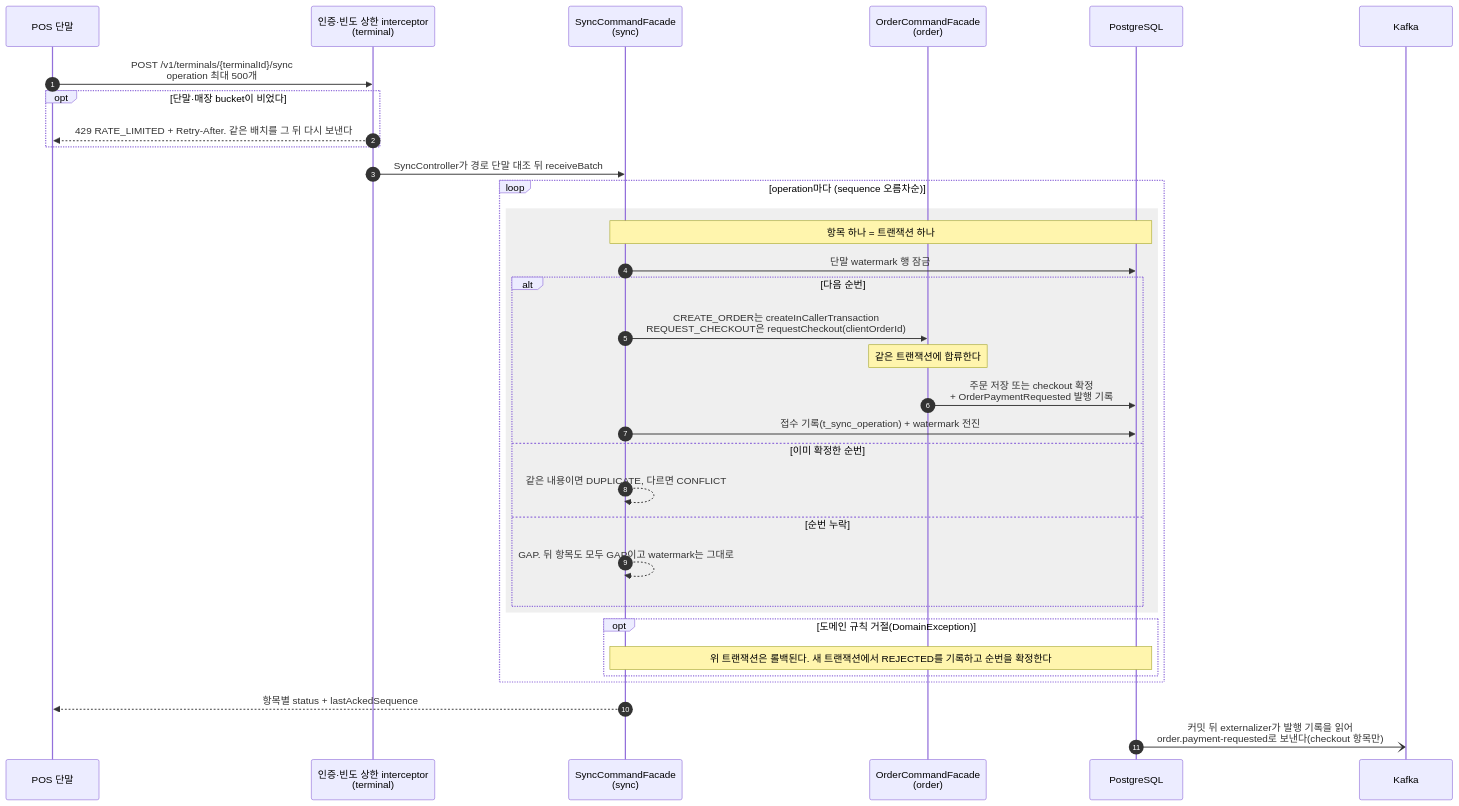
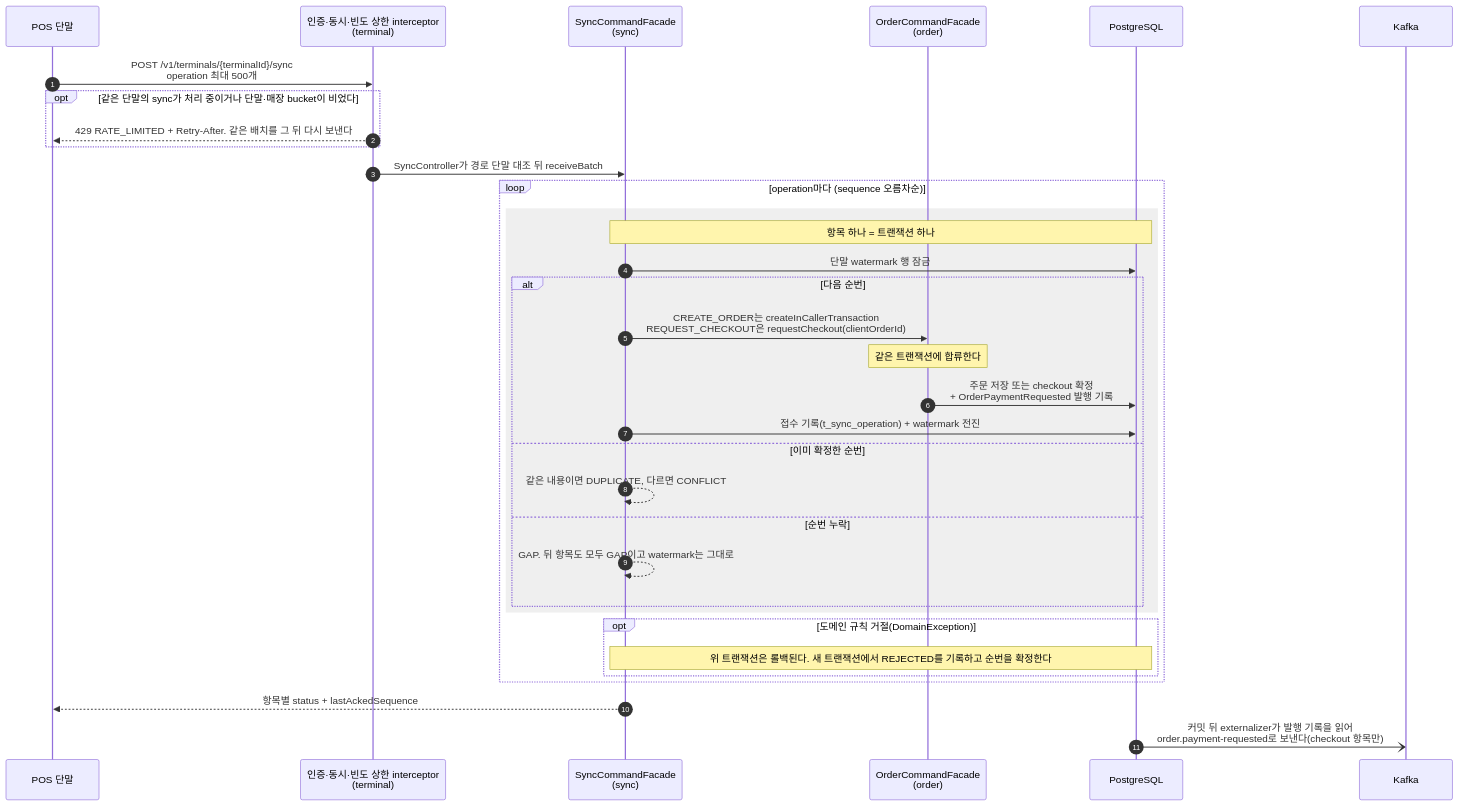
Before and after one commit to char-labs/ResilientPOS: the first of 4 diagrams in docs/wiki/architecture.md, drawn with Mermaid. The commit also changed other lines of this file and 21 other files, not shown here.

````diff
--- a/docs/wiki/architecture.md
+++ b/docs/wiki/architecture.md
@@ -42,37 +42,37 @@
 ```mermaid
 sequenceDiagram
     autonumber
     participant POS as POS 단말
-    participant AUTH as 인증·빈도 상한 interceptor<br/>(terminal)
+    participant AUTH as 인증·동시·빈도 상한 interceptor<br/>(terminal)
     participant SF as SyncCommandFacade<br/>(sync)
     participant OF as OrderCommandFacade<br/>(order)
     participant DB as PostgreSQL
     participant K as Kafka
 
     POS->>AUTH: POST /v1/terminals/{terminalId}/sync<br/>operation 최대 500개
-    opt 단말·매장 bucket이 비었다
+    opt 같은 단말의 sync가 처리 중이거나 단말·매장 bucket이 비었다
         AUTH-->>POS: 429 RATE_LIMITED + Retry-After. 같은 배치를 그 뒤 다시 보낸다
     end
     AUTH->>SF: SyncController가 경로 단말 대조 뒤 receiveBatch
     loop operation마다 (sequence 오름차순)
         rect rgba(127, 127, 127, 0.12)
             Note over SF,DB: 항목 하나 = 트랜잭션 하나
             SF->>DB: 단말 watermark 행 잠금
             alt 다음 순번
                 SF->>OF: CREATE_ORDER는 createInCallerTransaction<br/>REQUEST_CHECKOUT은 requestCheckout(clientOrderId)
                 Note over OF: 같은 트랜잭션에 합류한다
                 OF->>DB: 주문 저장 또는 checkout 확정<br/>+ OrderPaymentRequested 발행 기록
                 SF->>DB: 접수 기록(t_sync_operation) + watermark 전진
             else 이미 확정한 순번
                 SF-->>SF: 같은 내용이면 DUPLICATE, 다르면 CONFLICT
             else 순번 누락
                 SF-->>SF: GAP. 뒤 항목도 모두 GAP이고 watermark는 그대로
             end
         end
         opt 도메인 규칙 거절(DomainException)
             Note over SF,DB: 위 트랜잭션은 롤백된다. 새 트랜잭션에서 REJECTED를 기록하고 순번을 확정한다
         end
     end
     SF-->>POS: 항목별 status + lastAckedSequence
     DB-)K: 커밋 뒤 externalizer가 발행 기록을 읽어<br/>order.payment-requested로 보낸다(checkout 항목만)
 ```
````
